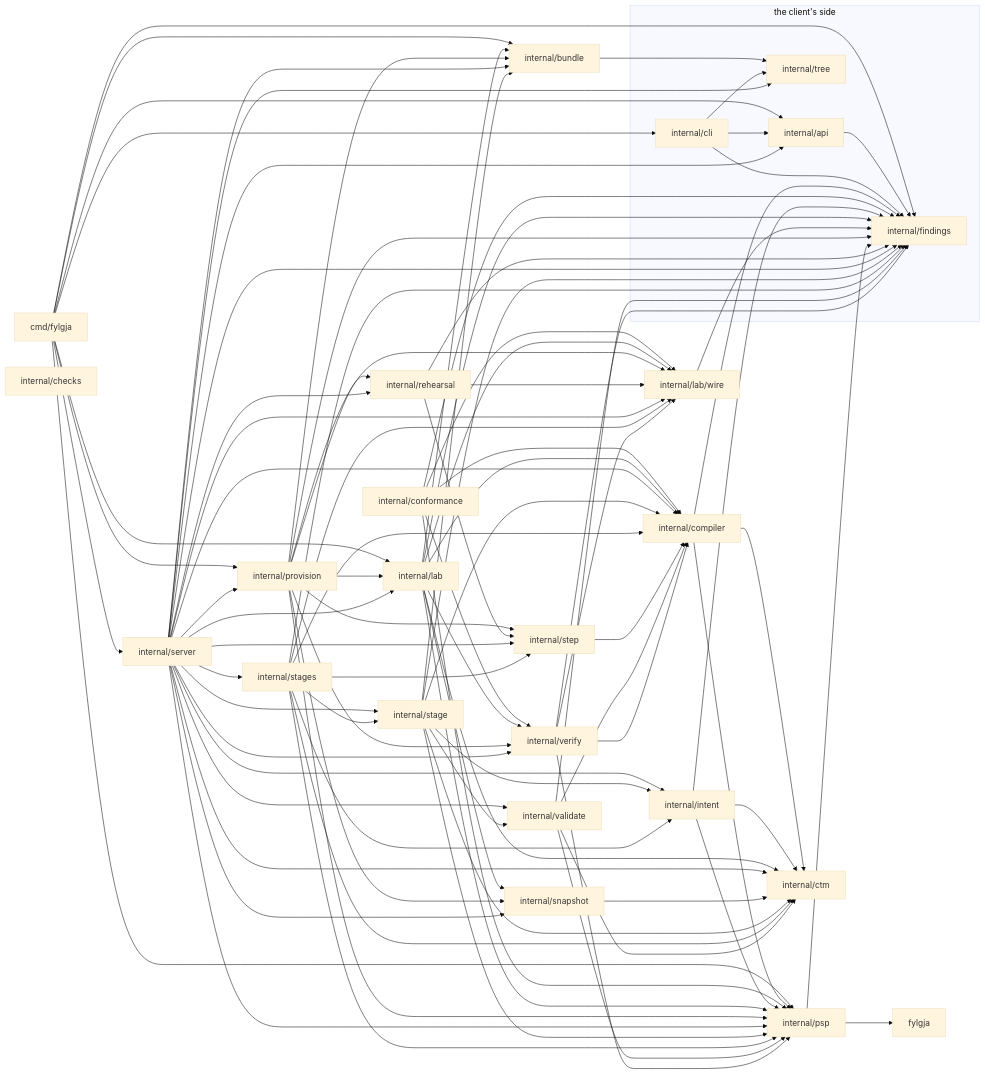
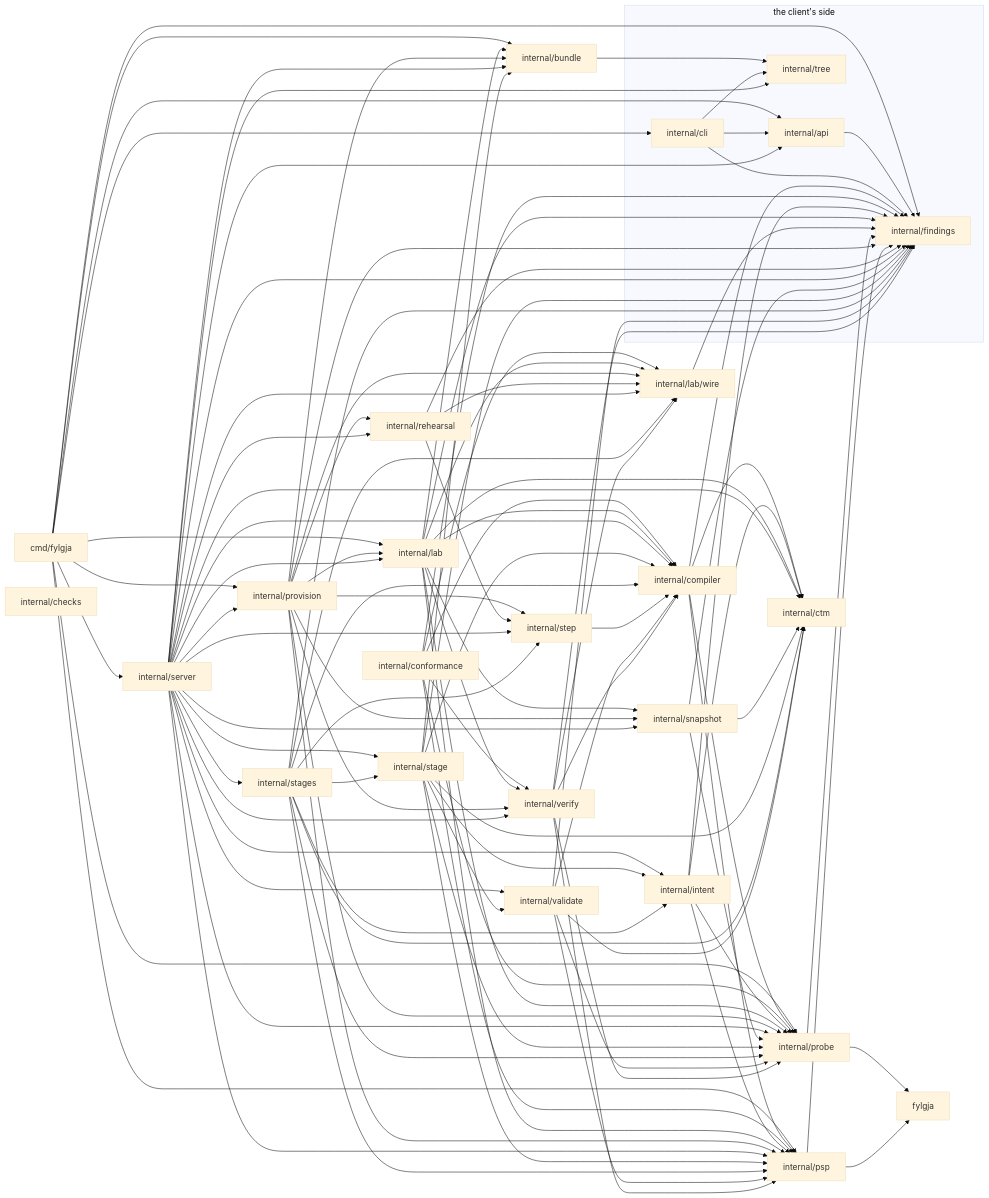
Before and after one commit to happypathnetworking/fylgja: the diagram in docs/development.md, drawn with Mermaid (base theme). The commit also changed other lines of this file and 2 other files, not shown here.

First line of the commit message:
docs(016): the architecture and the development guide say what probes are (T038)

````diff
--- a/docs/development.md
+++ b/docs/development.md
@@ -436,6 +440,7 @@
     internal_intent["internal/intent"]
     internal_lab["internal/lab"]
     internal_lab_wire["internal/lab/wire"]
+    internal_probe["internal/probe"]
     internal_provision["internal/provision"]
     internal_psp["internal/psp"]
     internal_rehearsal["internal/rehearsal"]
@@ -451,6 +456,7 @@
     cmd_fylgja --> internal_cli
     cmd_fylgja --> internal_findings
     cmd_fylgja --> internal_lab
+    cmd_fylgja --> internal_probe
     cmd_fylgja --> internal_provision
     cmd_fylgja --> internal_psp
     cmd_fylgja --> internal_server
@@ -461,28 +467,35 @@
     internal_cli --> internal_tree
     internal_compiler --> internal_ctm
     internal_compiler --> internal_findings
+    internal_compiler --> internal_probe
     internal_compiler --> internal_psp
     internal_conformance --> internal_compiler
     internal_conformance --> internal_findings
     internal_conformance --> internal_lab_wire
+    internal_conformance --> internal_probe
     internal_conformance --> internal_psp
     internal_conformance --> internal_verify
     internal_intent --> internal_ctm
     internal_intent --> internal_findings
+    internal_intent --> internal_probe
     internal_intent --> internal_psp
     internal_lab --> internal_bundle
     internal_lab --> internal_compiler
     internal_lab --> internal_ctm
     internal_lab --> internal_findings
     internal_lab --> internal_lab_wire
+    internal_lab --> internal_probe
     internal_lab --> internal_psp
     internal_lab --> internal_snapshot
     internal_lab --> internal_verify
     internal_lab_wire --> internal_findings
+    internal_probe --> fylgja
+    internal_probe --> internal_findings
     internal_provision --> internal_bundle
     internal_provision --> internal_findings
     internal_provision --> internal_lab
     internal_provision --> internal_lab_wire
+    internal_provision --> internal_probe
     internal_provision --> internal_psp
     internal_provision --> internal_rehearsal
     internal_provision --> internal_snapshot
@@ -501,6 +514,7 @@
     internal_server --> internal_intent
     internal_server --> internal_lab
     internal_server --> internal_lab_wire
+    internal_server --> internal_probe
     internal_server --> internal_provision
     internal_server --> internal_psp
     internal_server --> internal_rehearsal
@@ -512,11 +526,14 @@
     internal_server --> internal_validate
     internal_server --> internal_verify
     internal_snapshot --> internal_ctm
+    internal_snapshot --> internal_findings
+    internal_snapshot --> internal_probe
     internal_stage --> internal_bundle
     internal_stage --> internal_compiler
     internal_stage --> internal_ctm
     internal_stage --> internal_findings
     internal_stage --> internal_intent
+    internal_stage --> internal_probe
     internal_stage --> internal_psp
     internal_stage --> internal_validate
     internal_stages --> internal_compiler
@@ -524,6 +541,7 @@
     internal_stages --> internal_findings
     internal_stages --> internal_intent
     internal_stages --> internal_lab_wire
+    internal_stages --> internal_probe
     internal_stages --> internal_psp
     internal_stages --> internal_stage
     internal_stages --> internal_step
@@ -531,9 +549,11 @@
     internal_validate --> internal_compiler
     internal_validate --> internal_ctm
     internal_validate --> internal_findings
+    internal_validate --> internal_probe
     internal_validate --> internal_psp
     internal_verify --> internal_compiler
     internal_verify --> internal_findings
     internal_verify --> internal_lab_wire
+    internal_verify --> internal_probe
     internal_verify --> internal_psp
 ```
````
